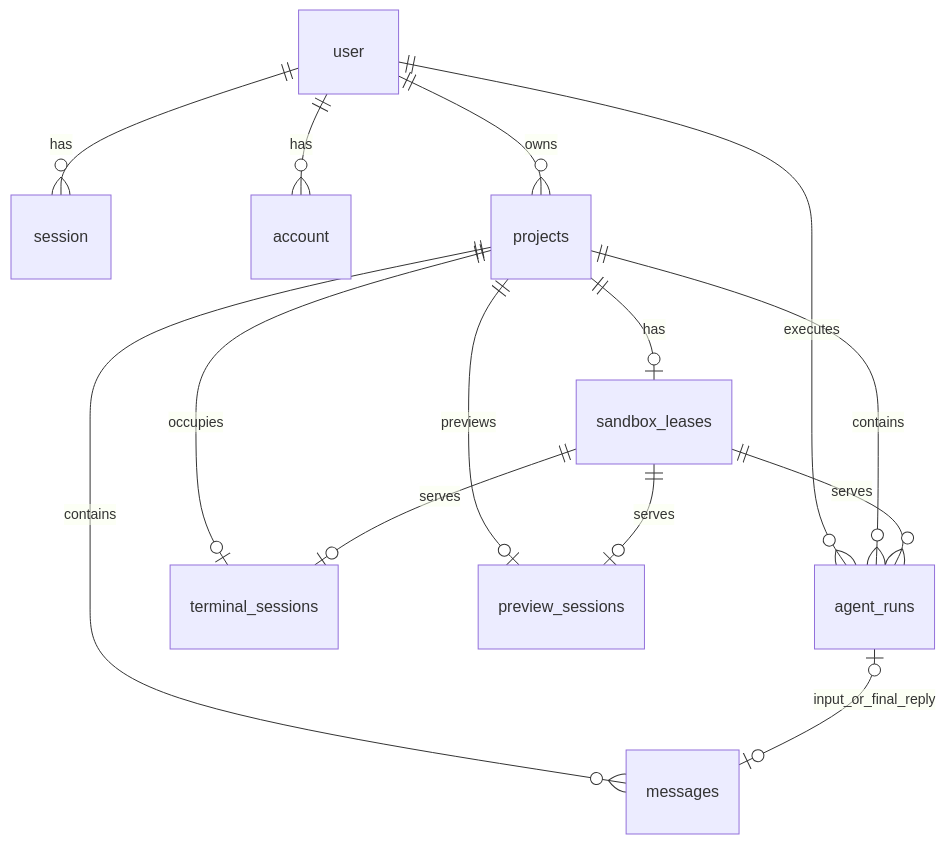
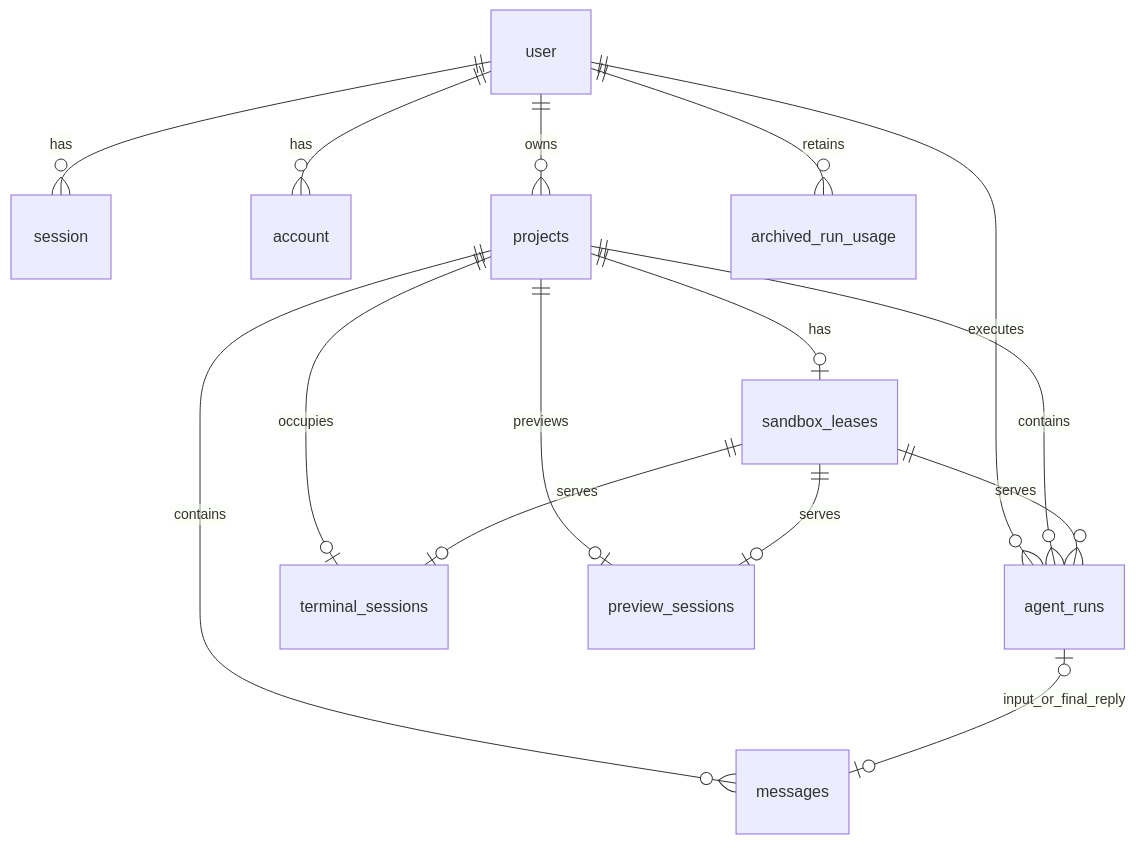
The diagram in docs/reference/database-schema.md (DeyunMa/agent-online), drawn with Mermaid before and after one commit. The commit also changed other lines of this file and 71 other files, not shown here.

````diff
--- a/docs/reference/database-schema.md
+++ b/docs/reference/database-schema.md
@@ -13,19 +13,20 @@
 ```mermaid
 erDiagram
   user ||--o{ session : has
   user ||--o{ account : has
   user ||--o{ projects : owns
   user ||--o{ agent_runs : executes
+  user ||--o{ archived_run_usage : retains
 
   projects ||--o| sandbox_leases : has
   projects ||--o{ messages : contains
   projects ||--o{ agent_runs : contains
   projects ||--o| terminal_sessions : occupies
   projects ||--o| preview_sessions : previews
 
   sandbox_leases ||--o{ agent_runs : serves
   sandbox_leases ||--o| terminal_sessions : serves
   sandbox_leases ||--o| preview_sessions : serves
 
   agent_runs o|--o| messages : input_or_final_reply
 ```
````
